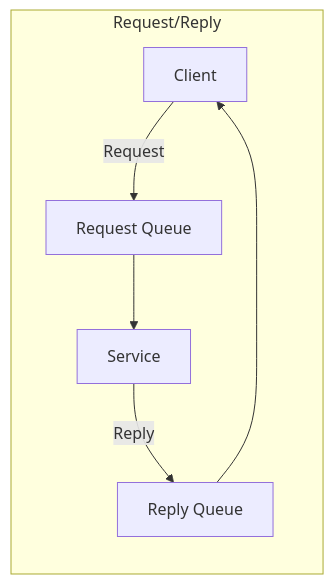
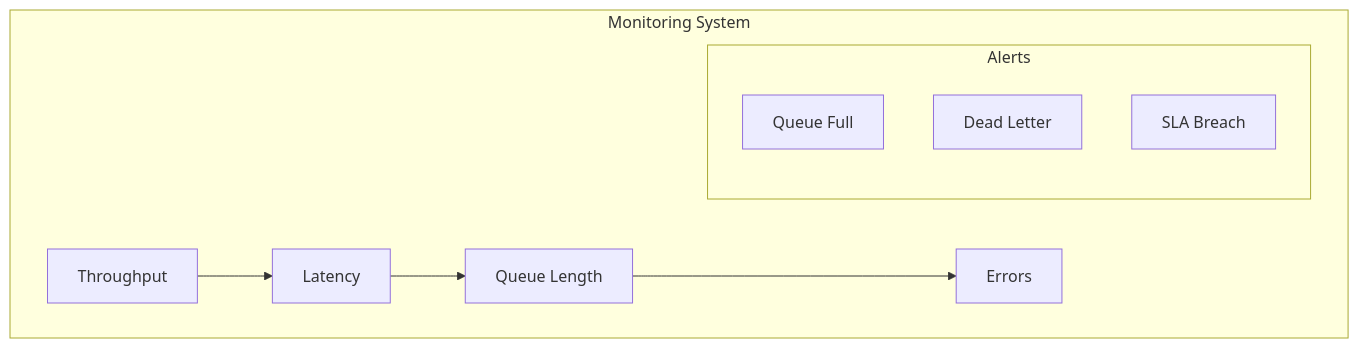
Before and after one commit to saravanakumarrc/Architecture_Journey: the sixth of 7 diagrams in src/Message_Broker_Architectures.md, drawn with Mermaid. The commit also changed other lines of this file, not shown here.

Commit message:
Refactor Message Broker Architectures documentation for clarity and structure; enhance message properties, reliability patterns, performance optimization, and security frameworks.

````diff
--- a/src/Message_Broker_Architectures.md
+++ b/src/Message_Broker_Architectures.md
@@ -242,9 +207,14 @@
 ```mermaid
-graph LR
-    subgraph "Request/Reply"
-        C[Client] --> |Request| RQ[Request Queue]
-        RQ --> S[Service]
-        S --> |Reply| RR[Reply Queue]
-        RR --> C
+graph TB
+    subgraph "Monitoring System"
+        T[Throughput] --> L[Latency]
+        L --> Q[Queue Length]
+        Q --> E[Errors]
+        
+        subgraph "Alerts"
+            QF[Queue Full]
+            DL[Dead Letter]
+            SL[SLA Breach]
+        end
     end
 ```
````
